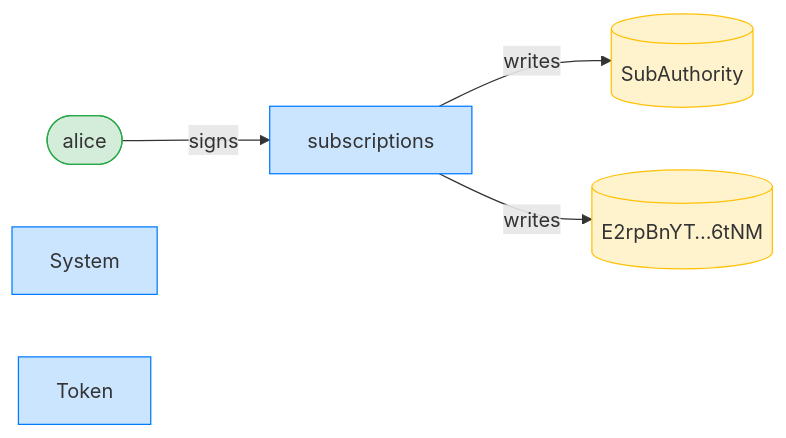
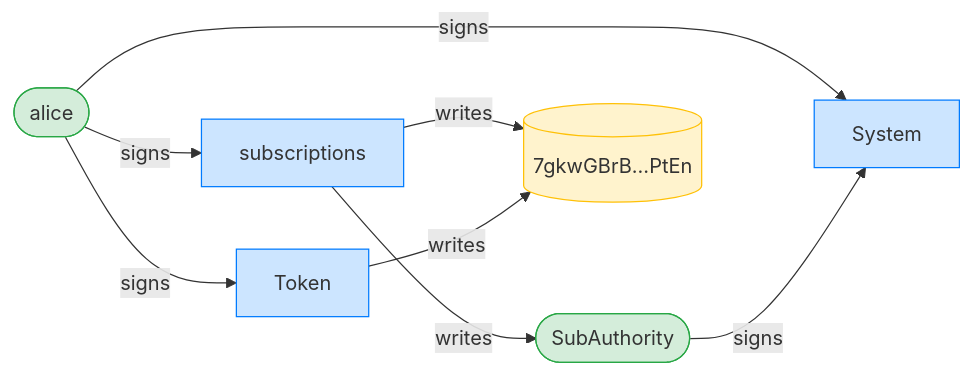
The third of 8 diagrams in dsl_tests/writable-accounts-must-be-writable--transferfixed-.md (cds-rs/subscriptions), drawn with Mermaid before and after one commit. The commit also changed other lines of this file and 224 other files, not shown here.

````diff
--- a/dsl_tests/writable-accounts-must-be-writable--transferfixed-.md
+++ b/dsl_tests/writable-accounts-must-be-writable--transferfixed-.md
@@ -55,15 +56,19 @@
 ```mermaid
 flowchart LR
     classDef signer fill:#d4edda,stroke:#28a745;
     classDef program fill:#cce5ff,stroke:#007bff;
     classDef writable fill:#fff3cd,stroke:#ffc107;
     subscriptions[subscriptions]:::program
     alice([alice]):::signer
-    SubAuthority[(SubAuthority)]:::writable
-    E2rpBnYT_6tNM[("E2rpBnYT…6tNM")]:::writable
+    SubAuthority([SubAuthority]):::signer
+    7gkwGBrB_PtEn[("7gkwGBrB…PtEn")]:::writable
     System[System]:::program
     Token[Token]:::program
     alice -->|signs| subscriptions
+    alice -->|signs| System
+    SubAuthority -->|signs| System
+    alice -->|signs| Token
     subscriptions -->|writes| SubAuthority
-    subscriptions -->|writes| E2rpBnYT_6tNM
+    subscriptions -->|writes| 7gkwGBrB_PtEn
+    Token -->|writes| 7gkwGBrB_PtEn
 ```
````
